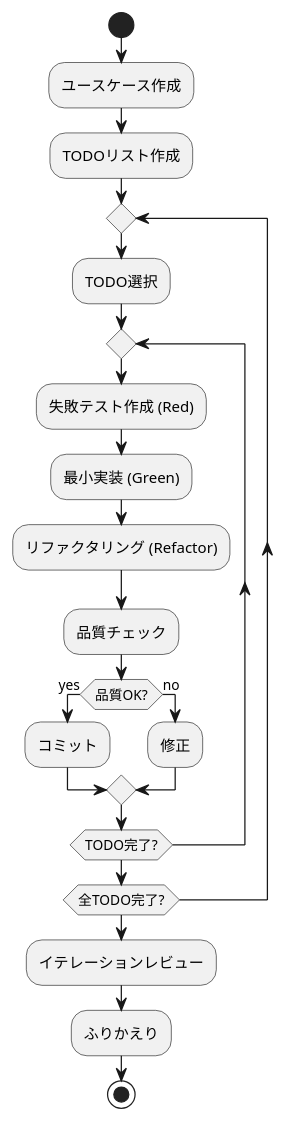
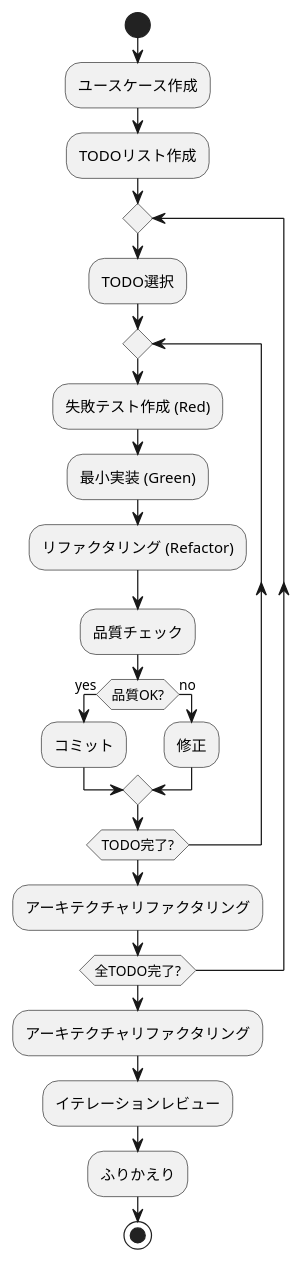
One commit to k2works/case-study-game-dev changed the fifth of 6 diagrams in CLAUDE.md. Above: the diagram before and after it, drawn with PlantUML. The commit also changed 2 other files, not shown here.

Commit message:
feat: アプリケーション層にGameUseCaseクラスを追加
- Clean Architectureに準拠したアプリケーション層の導入
- ドメインロジックとプレゼンテーション層の分離
- GameUseCaseによるゲームビジネスロジックの統合管理
- 包括的なユニットテスト（18テスト）の実装

🤖 Generated with Claude Code

````diff
--- a/CLAUDE.md
+++ b/CLAUDE.md
@@ -133,31 +133,32 @@
 ```plantuml
 ```plantuml
 @startuml "イテレーション開発プロセス"
 
 start
 :ユースケース作成;
 :TODOリスト作成;
 
 repeat
   :TODO選択;
   
   repeat
     :失敗テスト作成 (Red);
     :最小実装 (Green);
     :リファクタリング (Refactor);
     :品質チェック;
     if (品質OK?) then (yes)
       :コミット;
     else (no)
       :修正;
     endif
   repeat while (TODO完了?)
+  :アーキテクチャリファクタリング;
   
 repeat while (全TODO完了?)
-
+:アーキテクチャリファクタリング;
 :イテレーションレビュー;
 :ふりかえり;
 stop
 
 @enduml
 ```
````
